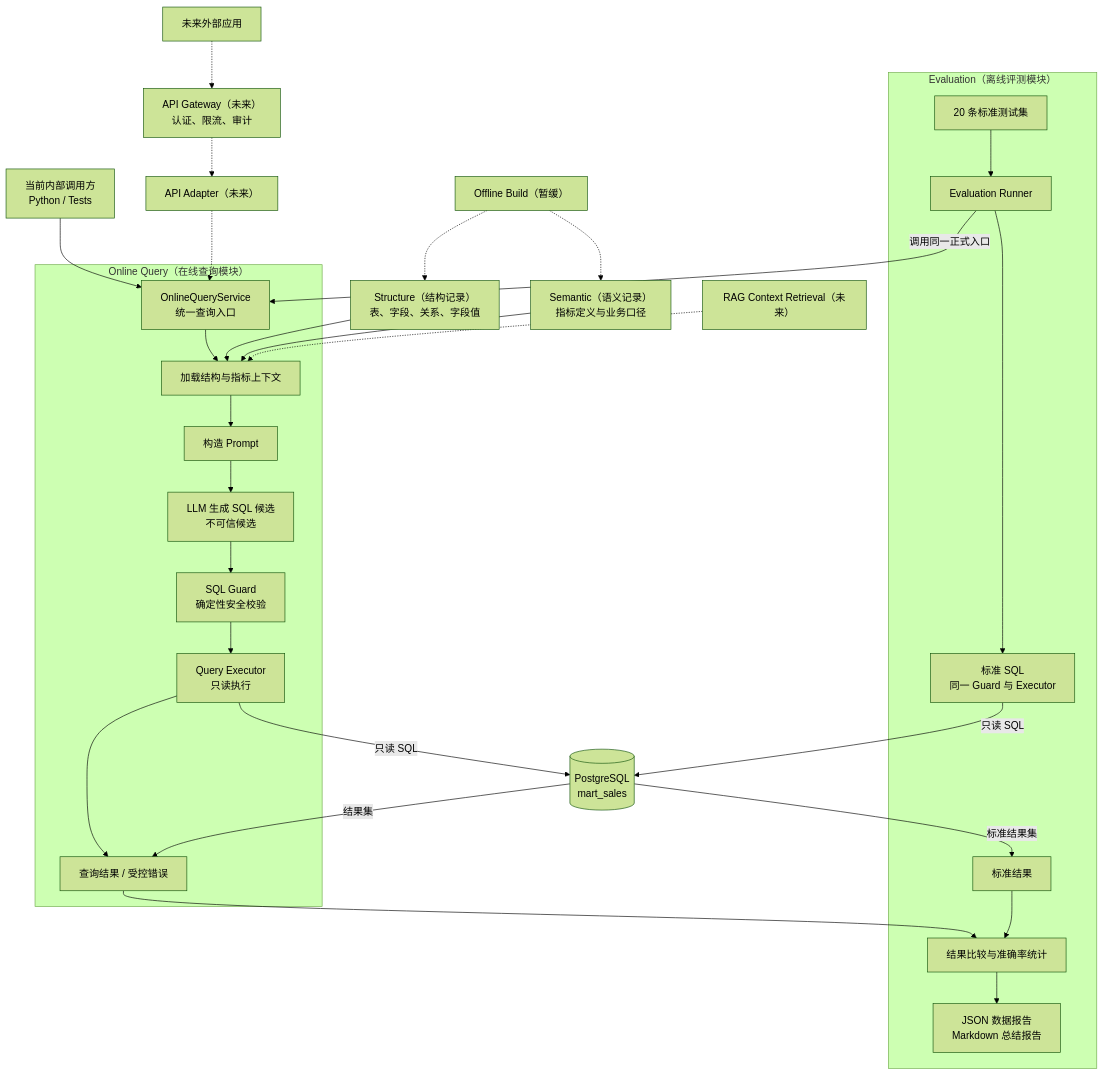
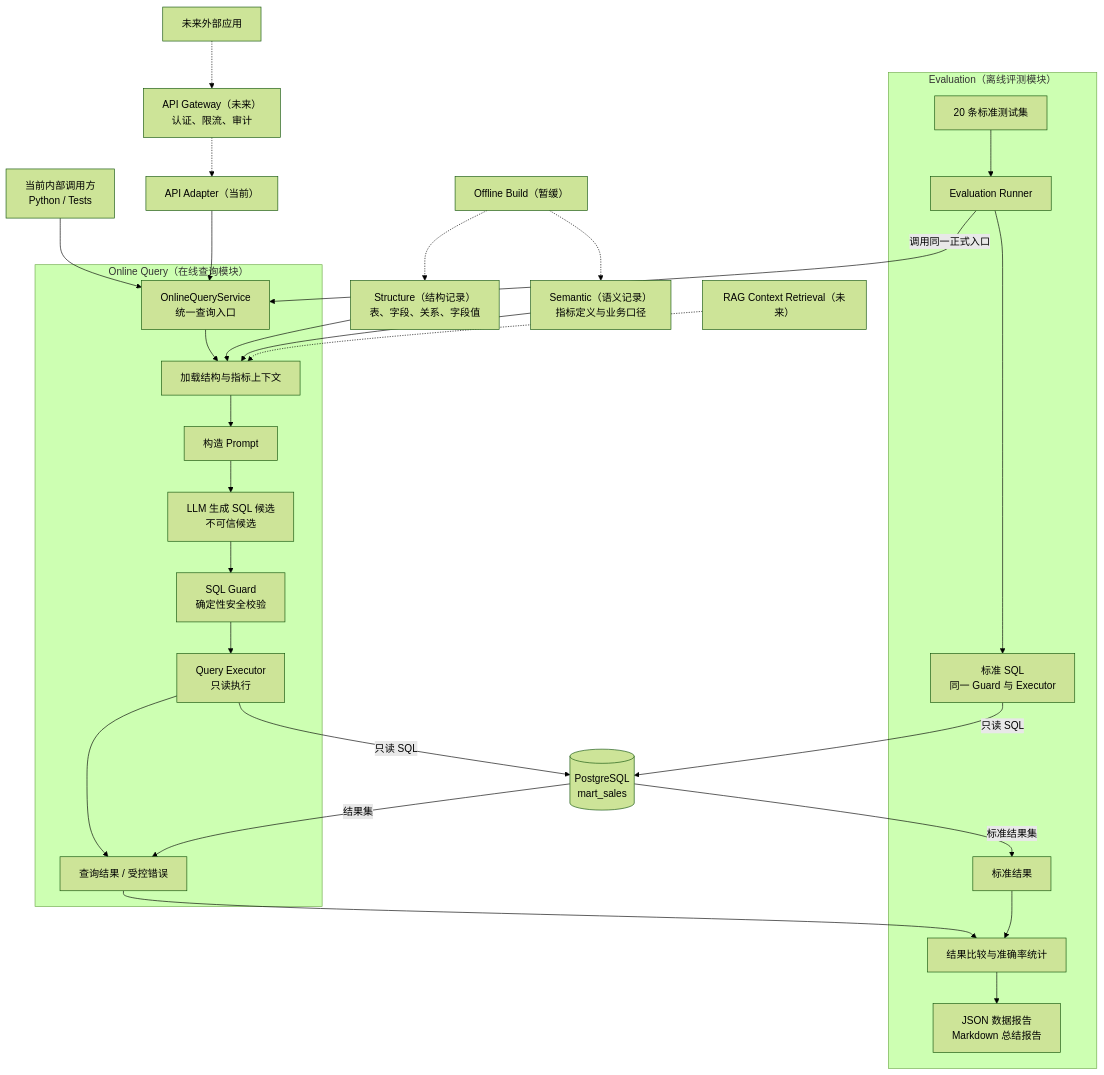
Before and after one commit to K999999999999/chatbi: the first of 3 diagrams in docs/architecture.md, drawn with Mermaid (forest theme). The commit also changed other lines of this file and 3 other files, not shown here.

````diff
--- a/docs/architecture.md
+++ b/docs/architecture.md
@@ -19,37 +23,37 @@
 ```mermaid
 flowchart TB
     InternalCaller["当前内部调用方<br/>Python / Tests"] --> Service
     ExternalCaller["未来外部应用"] -.-> Gateway
     Gateway["API Gateway（未来）<br/>认证、限流、审计"] -.-> API
-    API["API Adapter（未来）"] -.-> Service
+    API["API Adapter（当前）"] --> Service
 
     subgraph OnlineQuery["Online Query（在线查询模块）"]
         Service["OnlineQueryService<br/>统一查询入口"] --> Context["加载结构与指标上下文"]
         Context --> Prompt["构造 Prompt"]
         Prompt --> LLM["LLM 生成 SQL 候选<br/>不可信候选"]
         LLM --> Guard["SQL Guard<br/>确定性安全校验"]
         Guard --> Executor["Query Executor<br/>只读执行"]
         Executor --> Result["查询结果 / 受控错误"]
     end
 
     Structure["Structure（结构记录）<br/>表、字段、关系、字段值"] --> Context
     Metrics["Semantic（语义记录）<br/>指标定义与业务口径"] --> Context
     Executor -->|"只读 SQL"| Database[("PostgreSQL<br/>mart_sales")]
     Database -->|"结果集"| Result
 
     subgraph EvaluationFlow["Evaluation（离线评测模块）"]
         Cases["20 条标准测试集"] --> Runner["Evaluation Runner"]
         Runner -->|"调用同一正式入口"| Service
         Runner --> Reference["标准 SQL<br/>同一 Guard 与 Executor"]
         ReferenceResult["标准结果"]
         Result --> Compare["结果比较与准确率统计"]
         ReferenceResult --> Compare
         Compare --> Reports["JSON 数据报告<br/>Markdown 总结报告"]
     end
 
     Reference -->|"只读 SQL"| Database
     Database -->|"标准结果集"| ReferenceResult
     OfflineBuild["Offline Build（暂缓）"] -.-> Structure
     OfflineBuild -.-> Metrics
     RAG["RAG Context Retrieval（未来）"] -.-> Context
 ```
````
